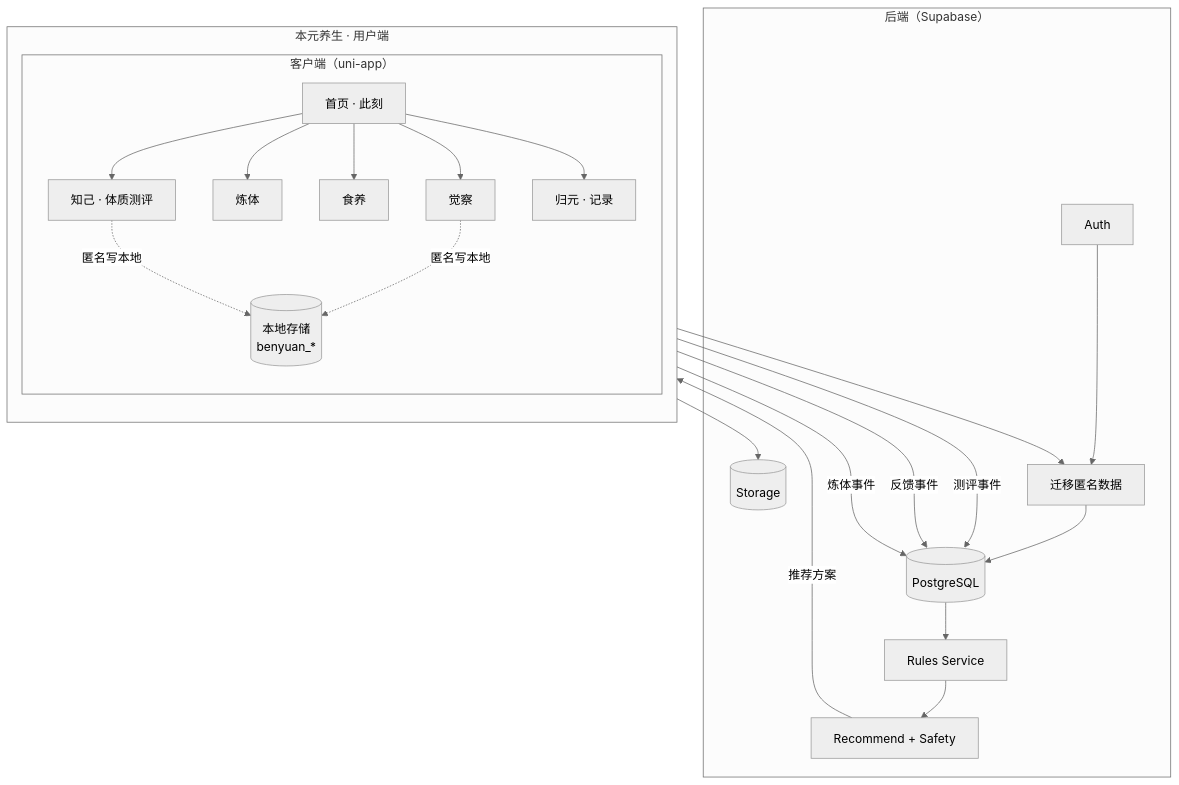
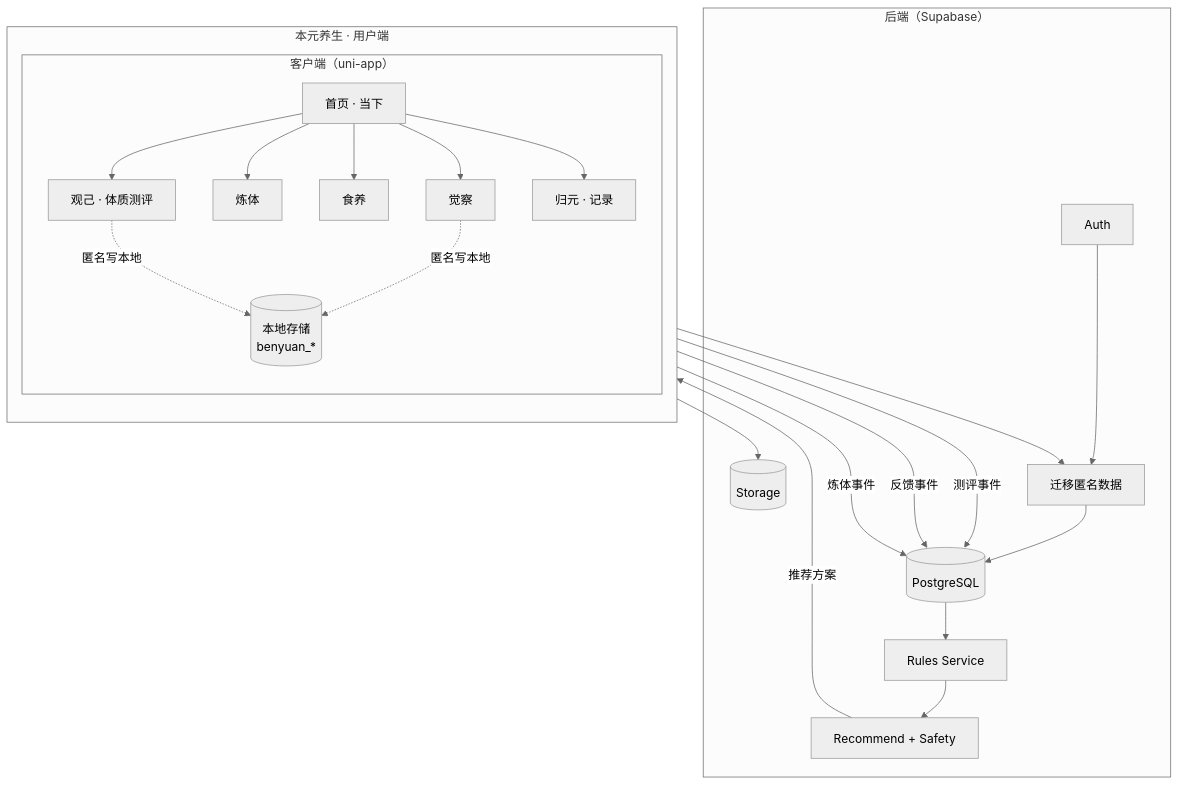
The first of 3 diagrams in docs/本元养生_技术架构说明.md (liuyangllyli/benyuan-wellness), drawn with Mermaid (neutral theme) before and after one commit. The commit also changed 26 other files, not shown here.

````diff
--- a/docs/本元养生_技术架构说明.md
+++ b/docs/本元养生_技术架构说明.md
@@ -101,36 +101,36 @@
 ```mermaid
 flowchart TB
   subgraph 用户端["本元养生 · 用户端"]
     direction TB
     subgraph 客户端["客户端（uni-app）"]
-      H[首页 · 此刻]
-      AS[知己 · 体质测评]
+      H[首页 · 当下]
+      AS[观己 · 体质测评]
       PR[炼体]
       DI[食养]
       RF[觉察]
       RC[归元 · 记录]
       LS[(本地存储\nbenyuan_*)]
     end
   end
 
   subgraph 后端["后端（Supabase）"]
     AUTH[Auth]
     DB[(PostgreSQL)]
     ST[(Storage)]
     RS[Rules Service]
     REC[Recommend + Safety]
     MIG[迁移匿名数据]
   end
 
   H --> AS & PR & DI & RF & RC
   AS -->|测评事件| DB
   AS -.->|匿名写本地| LS
   RF -->|反馈事件| DB
   RF -.->|匿名写本地| LS
   PR -->|炼体事件| DB
   DB --> RS --> REC
   REC -->|推荐方案| H
   PR --> ST
   AUTH --> MIG
   LS --> MIG --> DB
 ```
````
